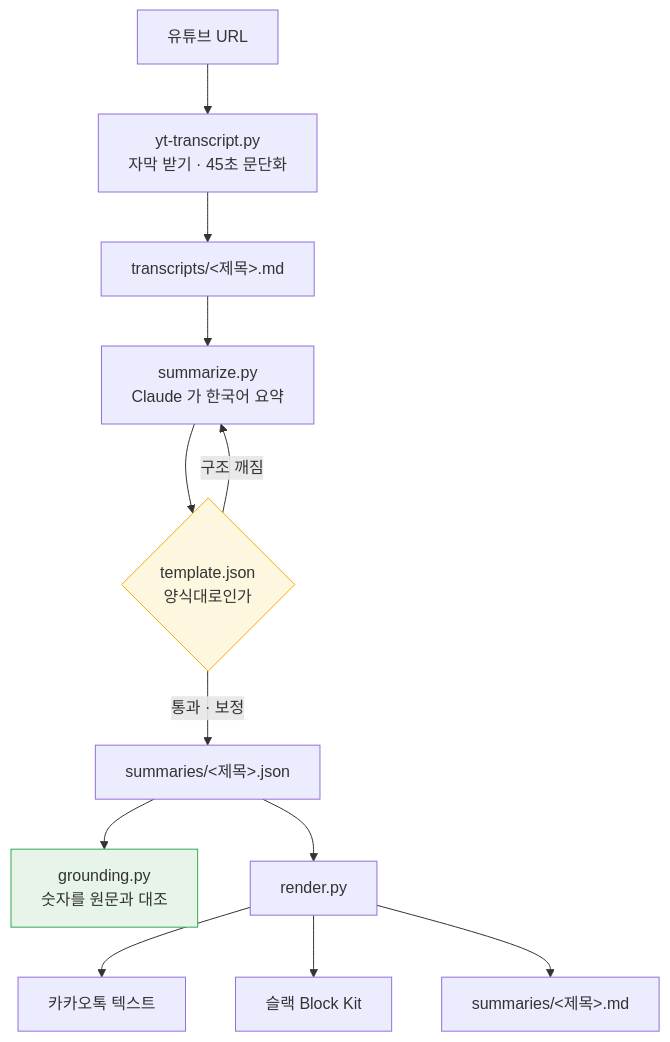
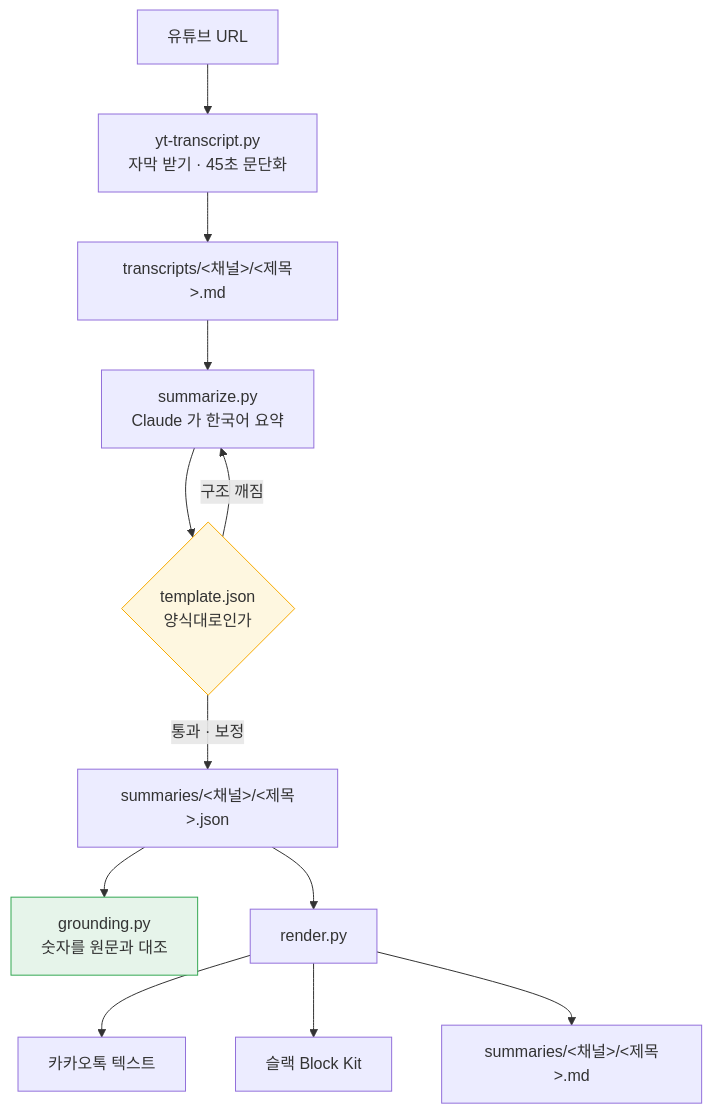
Before and after one commit to junh0328/youtube-transcript-extractor: the diagram in README.md, drawn with Mermaid. The commit also changed other lines of this file and 5 other files, not shown here.

````diff
--- a/README.md
+++ b/README.md
@@ -15,17 +15,17 @@
 ```mermaid
 flowchart TD
     A["유튜브 URL"] --> B["yt-transcript.py<br/>자막 받기 · 45초 문단화"]
-    B --> C["transcripts/&lt;제목&gt;.md"]
+    B --> C["transcripts/&lt;채널&gt;/&lt;제목&gt;.md"]
     C --> D["summarize.py<br/>Claude 가 한국어 요약"]
     D --> E{"template.json<br/>양식대로인가"}
     E -->|"구조 깨짐"| D
-    E -->|"통과 · 보정"| F["summaries/&lt;제목&gt;.json"]
+    E -->|"통과 · 보정"| F["summaries/&lt;채널&gt;/&lt;제목&gt;.json"]
     F --> G["grounding.py<br/>숫자를 원문과 대조"]
     F --> H["render.py"]
     H --> I1["카카오톡 텍스트"]
     H --> I2["슬랙 Block Kit"]
-    H --> I3["summaries/&lt;제목&gt;.md"]
+    H --> I3["summaries/&lt;채널&gt;/&lt;제목&gt;.md"]
 
     style E fill:#fef7e0,stroke:#f9ab00
     style G fill:#e6f4ea,stroke:#34a853
 ```
````
